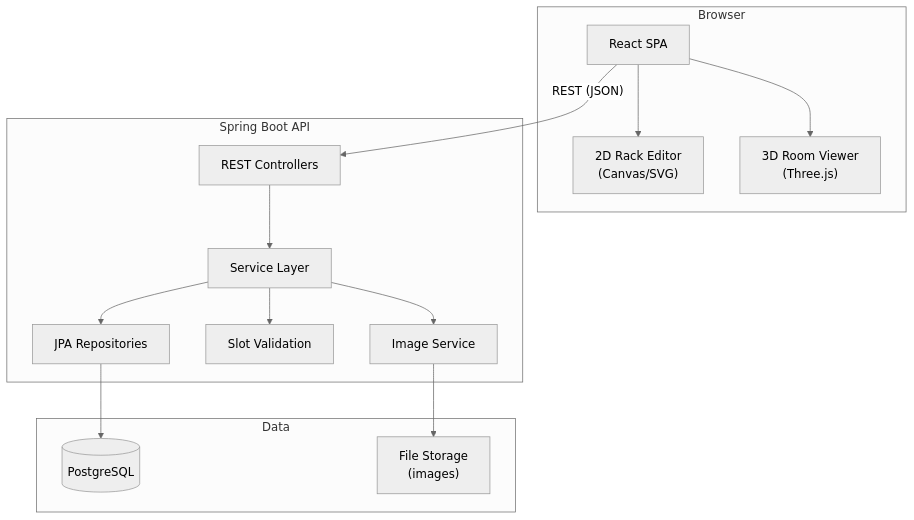
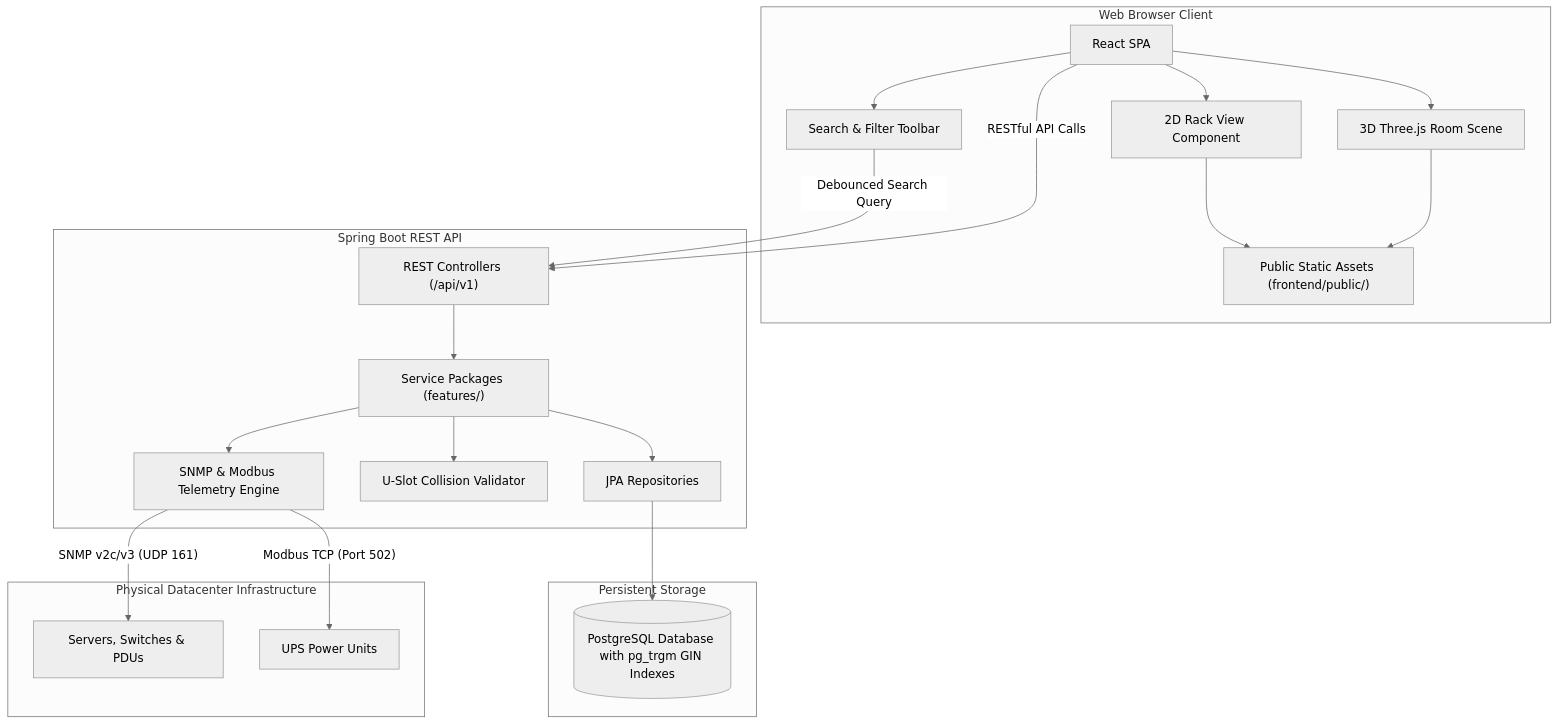
The first of 3 diagrams in docs/design.md (Simpolette/VisualDatacenter), drawn with Mermaid (neutral theme) before and after one commit. The commit also changed other lines of this file and 51 other files, not shown here.

````diff
--- a/docs/design.md
+++ b/docs/design.md
@@ -60,31 +79,42 @@
 ```mermaid
 flowchart TB
-    subgraph Client["Browser"]
+    subgraph Browser ["Web Browser Client"]
         spa["React SPA"]
-        rack2d["2D Rack Editor<br/>(Canvas/SVG)"]
-        room3d["3D Room Viewer<br/>(Three.js)"]
+        rack2d["2D Rack View Component"]
+        room3d["3D Three.js Room Scene"]
+        searchBar["Search & Filter Toolbar"]
+        assets["Public Static Assets (frontend/public/)"]
     end
 
-    subgraph Server["Spring Boot API"]
-        ctrl["REST Controllers"]
-        svc["Service Layer"]
+    subgraph Backend ["Spring Boot REST API"]
+        ctrl["REST Controllers (/api/v1)"]
+        svc["Service Packages (features/)"]
+        telemetry["SNMP & Modbus Telemetry Engine"]
+        valid["U-Slot Collision Validator"]
         repo["JPA Repositories"]
-        valid["Slot Validation"]
-        imgSvc["Image Service"]
     end
 
-    subgraph Storage["Data"]
-        db[("PostgreSQL")]
-        fs["File Storage<br/>(images)"]
+    subgraph Storage ["Persistent Storage"]
+        db[("PostgreSQL Database with pg_trgm GIN Indexes")]
+    end
+
+    subgraph Hardware ["Physical Datacenter Infrastructure"]
+        snmpDev["Servers, Switches & PDUs"]
+        modbusUps["UPS Power Units"]
     end
 
     spa --> rack2d
     spa --> room3d
-    spa -- "REST (JSON)" --> ctrl
+    spa --> searchBar
+    rack2d --> assets
+    room3d --> assets
+    searchBar -- "Debounced Search Query" --> ctrl
+    spa -- "RESTful API Calls" --> ctrl
     ctrl --> svc
+    svc --> telemetry
+    svc --> valid
     svc --> repo
-    svc --> valid
-    svc --> imgSvc
     repo --> db
-    imgSvc --> fs
+    telemetry -- "SNMP v2c/v3 (UDP 161)" --> snmpDev
+    telemetry -- "Modbus TCP (Port 502)" --> modbusUps
 ```
````
